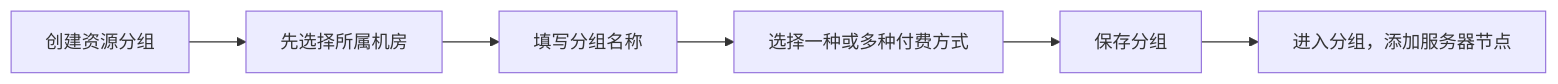
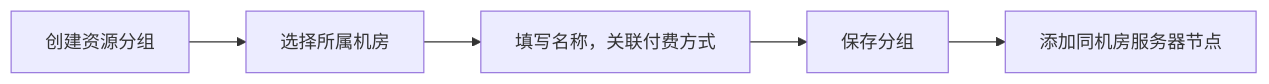
Before and after one commit to ks00171017-sk/onelinkai-console-preview: the first of 4 diagrams in public/prototypes/运营端/GPU资源分组-流程图.md, drawn with Mermaid. The commit also changed other lines of this file and 1 other file, not shown here.

````diff
--- a/public/prototypes/运营端/GPU资源分组-流程图.md
+++ b/public/prototypes/运营端/GPU资源分组-流程图.md
@@ -25,8 +20,7 @@
 ```mermaid
 flowchart LR
-  createGroup["创建资源分组"] --> selectRoom["先选择所属机房"]
-  selectRoom --> setName["填写分组名称"]
-  setName --> selectBilling["选择一种或多种付费方式"]
-  selectBilling --> saveGroup["保存分组"]
-  saveGroup --> addNodes["进入分组，添加服务器节点"]
+  createGroup["创建资源分组"] --> selectRoom["选择所属机房"]
+  selectRoom --> setName["填写名称，关联付费方式"]
+  setName --> saveGroup["保存分组"]
+  saveGroup --> addNodes["添加同机房服务器节点"]
 ```
````
